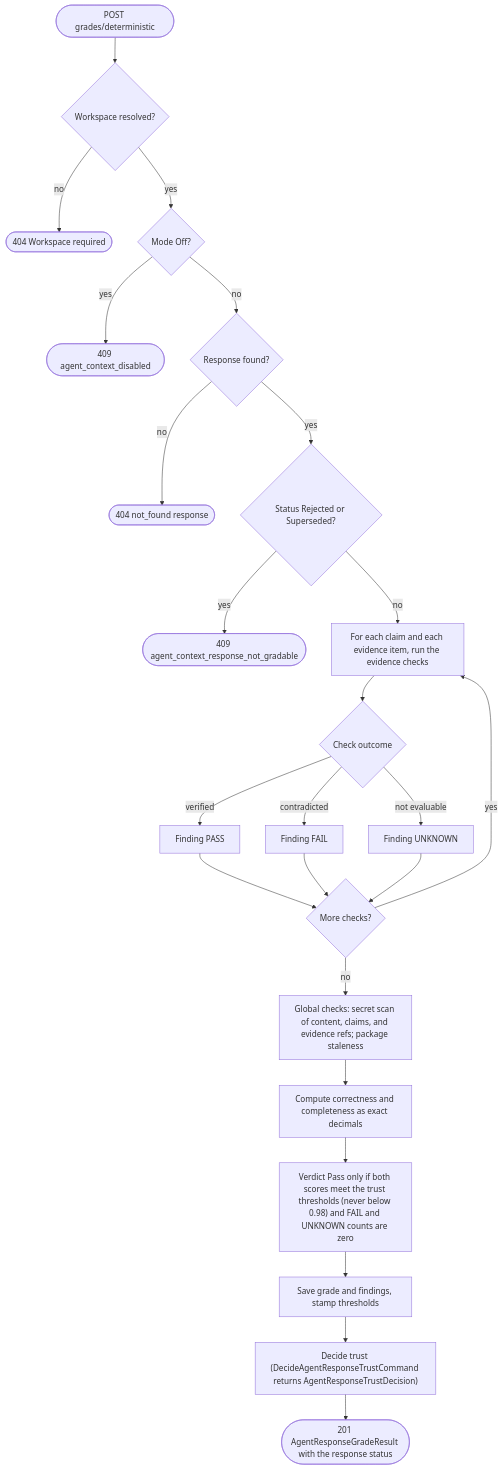
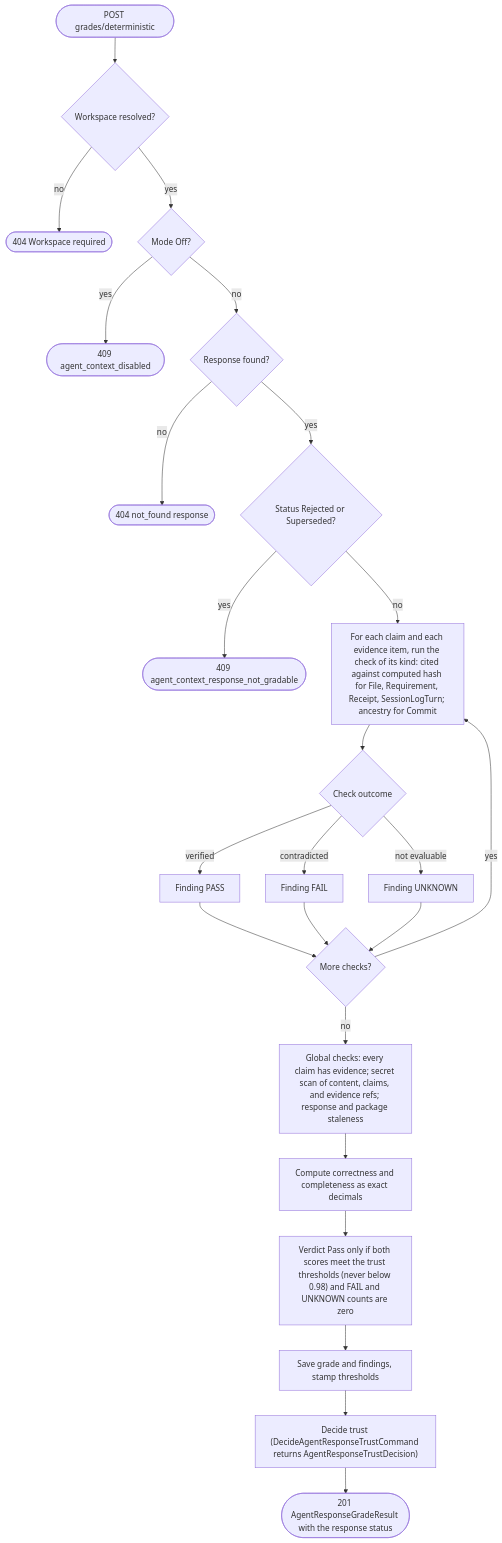
Diagram 11 of 59 in docs/Stateless-Agent-Context-Management.md (sharpninja/McpServer), drawn with Mermaid before and after one commit. The commit also changed other lines of this file and 2 other files, not shown here.

````diff
--- a/docs/Stateless-Agent-Context-Management.md
+++ b/docs/Stateless-Agent-Context-Management.md
@@ -512,26 +525,26 @@
 ```mermaid
 flowchart TD
     S(["POST grades/deterministic"]) --> W{"Workspace resolved?"}
     W -->|no| E0(["404 Workspace required"])
     W -->|yes| MO{"Mode Off?"}
     MO -->|yes| E1(["409 agent_context_disabled"])
     MO -->|no| F{"Response found?"}
     F -->|no| E2(["404 not_found response"])
     F -->|yes| GS{"Status Rejected or Superseded?"}
     GS -->|yes| E3(["409 agent_context_response_not_gradable"])
-    GS -->|no| CL["For each claim and each evidence item, run the evidence checks"]
+    GS -->|no| CL["For each claim and each evidence item, run the check of its kind: cited against computed hash for File, Requirement, Receipt, SessionLogTurn; ancestry for Commit"]
     CL --> CK{"Check outcome"}
     CK -->|verified| PF["Finding PASS"]
     CK -->|contradicted| FF["Finding FAIL"]
     CK -->|not evaluable| UF["Finding UNKNOWN"]
     PF --> NX{"More checks?"}
     FF --> NX
     UF --> NX
     NX -->|yes| CL
-    NX -->|no| GL["Global checks: secret scan of content, claims, and evidence refs; package staleness"]
+    NX -->|no| GL["Global checks: every claim has evidence; secret scan of content, claims, and evidence refs; response and package staleness"]
     GL --> SC["Compute correctness and completeness as exact decimals"]
     SC --> VD["Verdict Pass only if both scores meet the trust thresholds (never below 0.98) and FAIL and UNKNOWN counts are zero"]
     VD --> SV["Save grade and findings, stamp thresholds"]
     SV --> TR["Decide trust (DecideAgentResponseTrustCommand returns AgentResponseTrustDecision)"]
     TR --> R(["201 AgentResponseGradeResult with the response status"])
 ```
````
